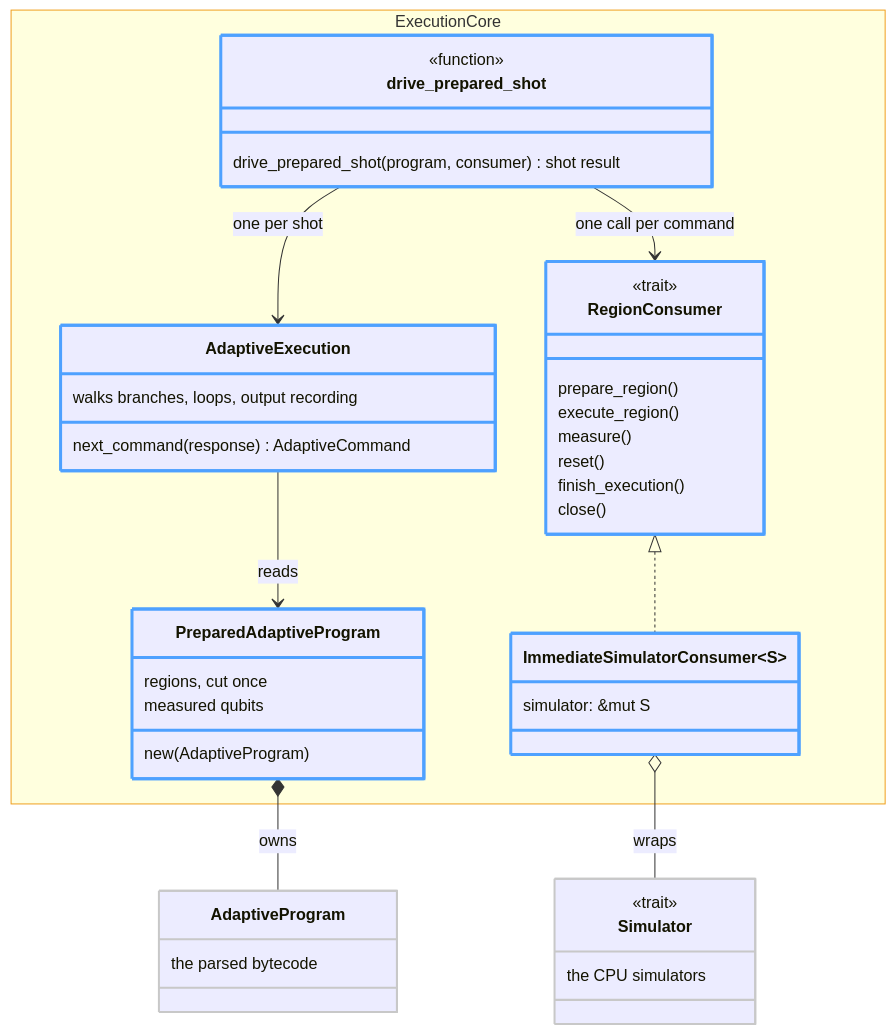
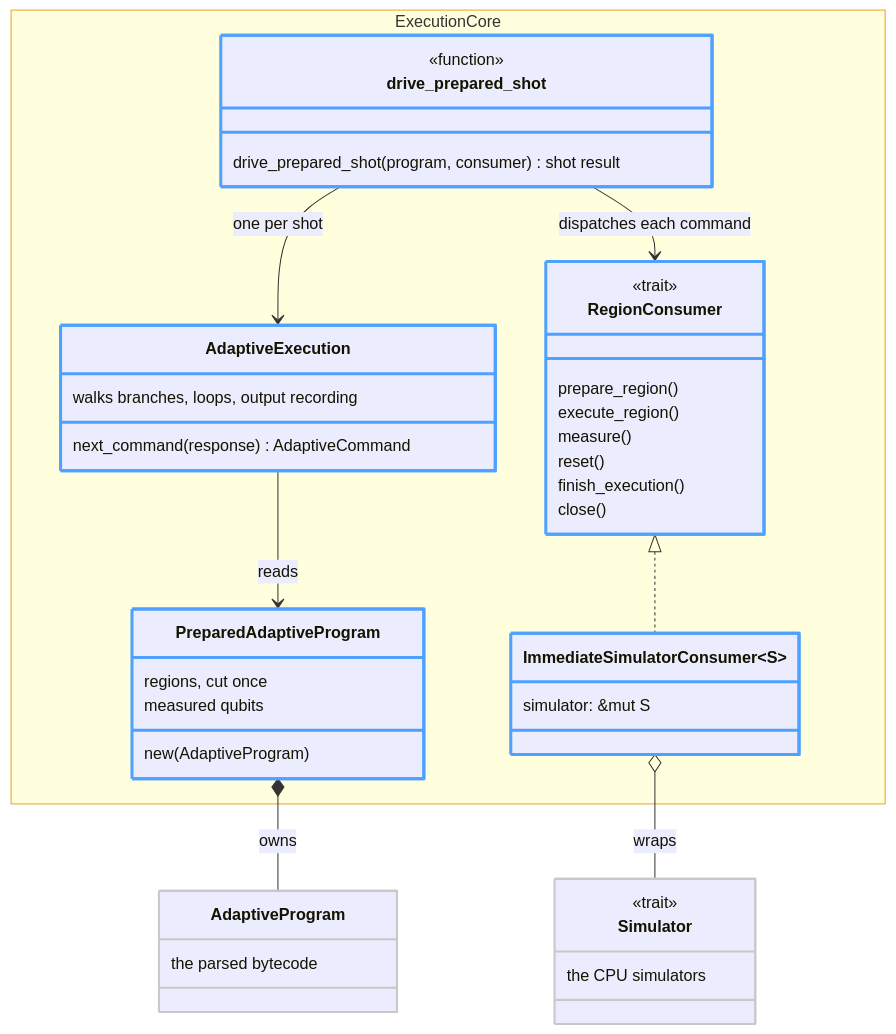
One commit to microsoft/qsharp changed the second of 5 diagrams in source/TensorNetworkDesign.md. Above: the diagram before and after it, drawn with Mermaid. The commit also changed other lines of this file and 16 other files, not shown here.

````diff
--- a/source/TensorNetworkDesign.md
+++ b/source/TensorNetworkDesign.md
@@ -233,57 +269,57 @@
 ```mermaid
 ---
 config:
   themeVariables:
     clusterBorder: "#f0a020"
   themeCSS: ".cluster rect{stroke:#f0a020!important;stroke-width:2px}"
 ---
 classDiagram
 direction TB
 namespace ExecutionCore {
   class PreparedAdaptiveProgram {
     regions, cut once
     measured qubits
     new(AdaptiveProgram)
   }
   class drive_prepared_shot {
     <<function>>
     drive_prepared_shot(program, consumer) shot result
   }
   class AdaptiveExecution {
     walks branches, loops, output recording
     next_command(response) AdaptiveCommand
   }
   class RegionConsumer {
     <<trait>>
     prepare_region()
     execute_region()
     measure()
     reset()
     finish_execution()
     close()
   }
   class ImmediateSimulatorConsumer~S~ {
     simulator: &mut S
   }
 }
 class AdaptiveProgram {
   the parsed bytecode
 }
 class Simulator {
   <<trait>>
   the CPU simulators
 }
 PreparedAdaptiveProgram *-- AdaptiveProgram : owns
 drive_prepared_shot --> AdaptiveExecution : one per shot
 AdaptiveExecution --> PreparedAdaptiveProgram : reads
-drive_prepared_shot --> RegionConsumer : one call per command
+drive_prepared_shot --> RegionConsumer : dispatches each command
 RegionConsumer <|.. ImmediateSimulatorConsumer
 ImmediateSimulatorConsumer o-- Simulator : wraps
 style PreparedAdaptiveProgram stroke:#4ea1ff,stroke-width:3px
 style drive_prepared_shot stroke:#4ea1ff,stroke-width:3px
 style AdaptiveExecution stroke:#4ea1ff,stroke-width:3px
 style RegionConsumer stroke:#4ea1ff,stroke-width:3px
 style ImmediateSimulatorConsumer stroke:#4ea1ff,stroke-width:3px
 style AdaptiveProgram stroke:#c8c8c8,stroke-width:2px
 style Simulator stroke:#c8c8c8,stroke-width:2px
 ```
````
